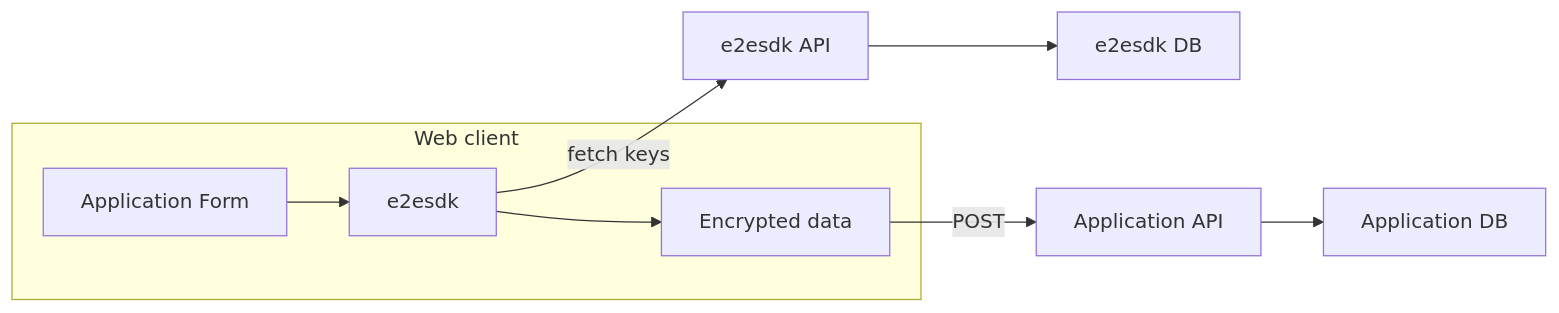
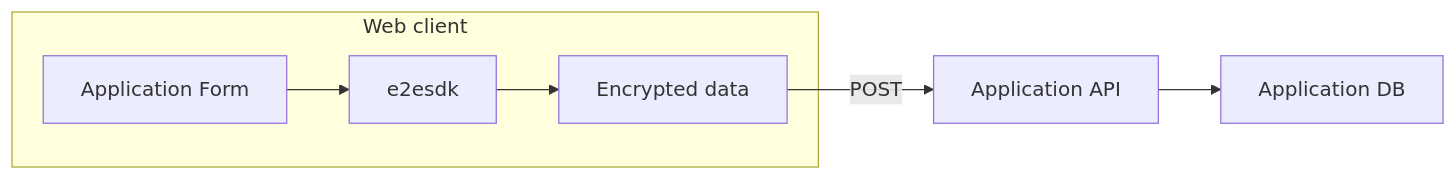
One commit to SocialGouv/e2esdk changed the first of 2 diagrams in docs/docs/use-cases/forms.md. Above: the diagram before and after it, drawn with Mermaid.

Commit message:
docs: fix form POST schema (#74)

````diff
--- a/docs/docs/use-cases/forms.md
+++ b/docs/docs/use-cases/forms.md
@@ -17,12 +17,9 @@
 ```mermaid
 graph LR;
 
 subgraph Web client
     Form[Application Form]-->e2esdk-->Encrypted[Encrypted data]
 end
 
-e2esdk-->|fetch keys|e2esdkapi[e2esdk API]
-e2esdkapi-->e2esdkdb[e2esdk DB]
-
 Encrypted-->|POST|app[Application API]-->appdb[Application DB]
 ```
````
